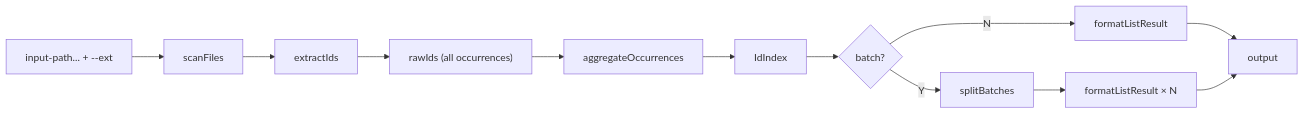
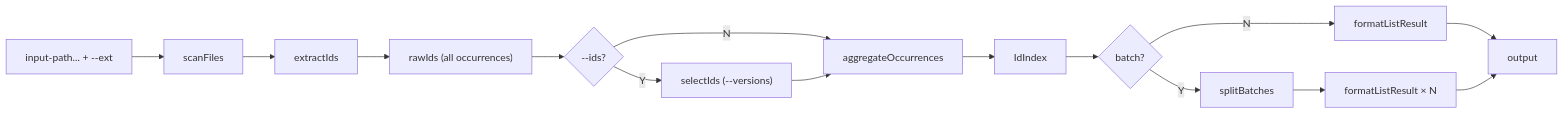
The diagram in docs/list-mode.md (tettuan/traceability-ids), drawn with Mermaid before and after one commit. The commit also changed other lines of this file and 47 other files, not shown here.

````diff
--- a/docs/list-mode.md
+++ b/docs/list-mode.md
@@ -11,14 +11,17 @@
 ```mermaid
 flowchart LR
     A["input-path... + --ext"] --> B[scanFiles]
     B --> C[extractIds]
     C --> D["rawIds (all occurrences)"]
-    D --> E[aggregateOccurrences]
+    D --> S{"--ids?"}
+    S -->|Y| T["selectIds (--versions)"]
+    S -->|N| E
+    T --> E[aggregateOccurrences]
     E --> F[IdIndex]
     F --> G{batch?}
     G -->|N| H[formatListResult]
     G -->|Y| I[splitBatches]
     I --> J["formatListResult × N"]
     H --> K[output]
     J --> K
 ```
````
